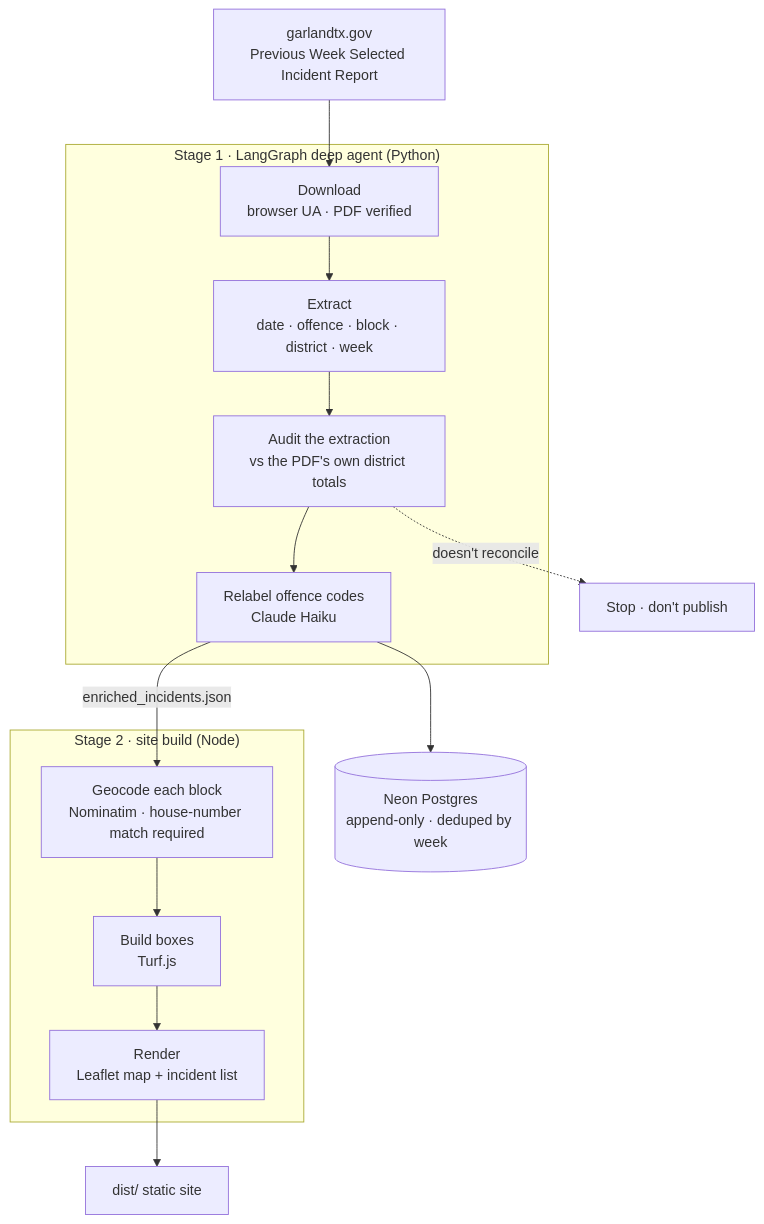
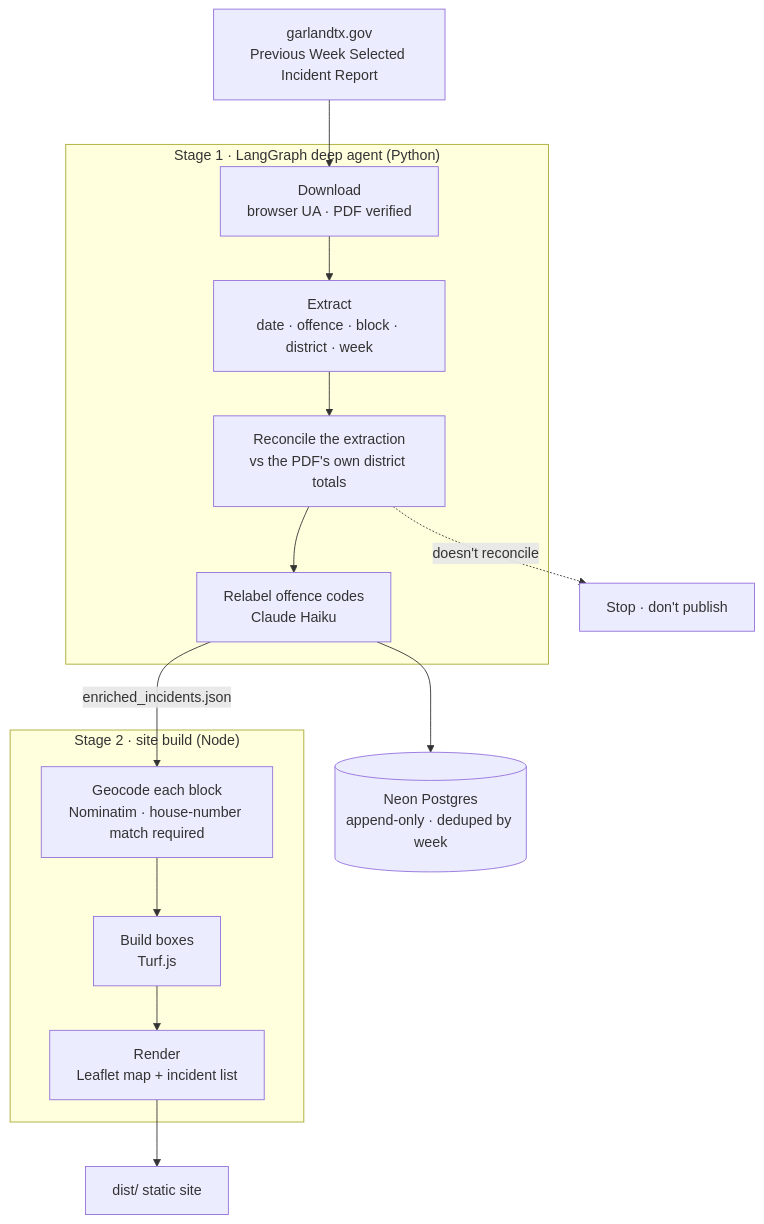
One commit to caleblawrence/garland-tx-police-activity changed the diagram in README.md. Above: the diagram before and after it, drawn with Mermaid. The commit also changed other lines of this file and 4 other files, not shown here.

````diff
--- a/README.md
+++ b/README.md
@@ -89,25 +89,25 @@
 ```mermaid
 flowchart TD
     PDF["garlandtx.gov<br/>Previous Week Selected Incident Report"]
 
     subgraph ingest["Stage 1 · LangGraph deep agent (Python)"]
         DL["Download<br/>browser UA · PDF verified"]
         EX["Extract<br/>date · offence · block · district · week"]
-        AU["Audit the extraction<br/>vs the PDF's own district totals"]
+        AU["Reconcile the extraction<br/>vs the PDF's own district totals"]
         LB["Relabel offence codes<br/>Claude Haiku"]
     end
 
     subgraph build["Stage 2 · site build (Node)"]
         GC["Geocode each block<br/>Nominatim · house-number match required"]
         BX["Build boxes<br/>Turf.js"]
         RN["Render<br/>Leaflet map + incident list"]
     end
 
     DB[("Neon Postgres<br/>append-only · deduped by week")]
     OUT["dist/ static site"]
 
     PDF --> DL --> EX --> AU --> LB
     AU -.->|"doesn't reconcile"| STOP["Stop · don't publish"]
     LB --> DB
     LB -->|"enriched_incidents.json"| GC --> BX --> RN --> OUT
 ```
````
